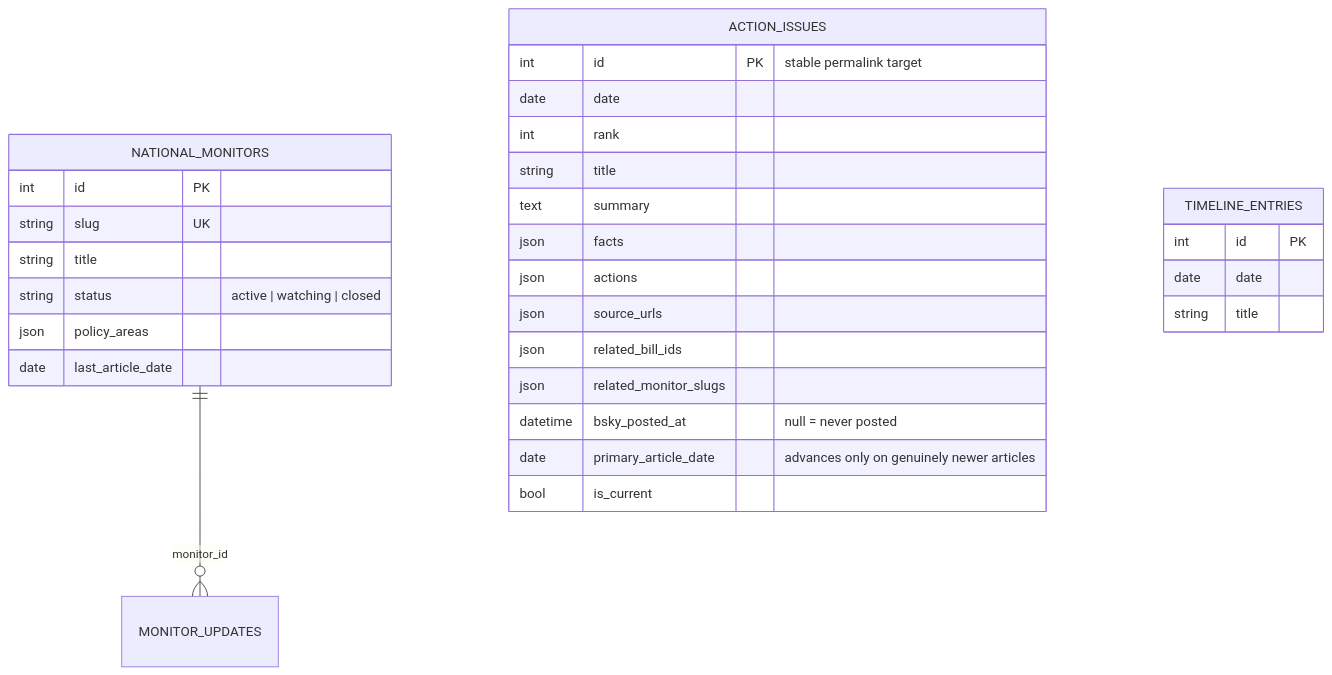
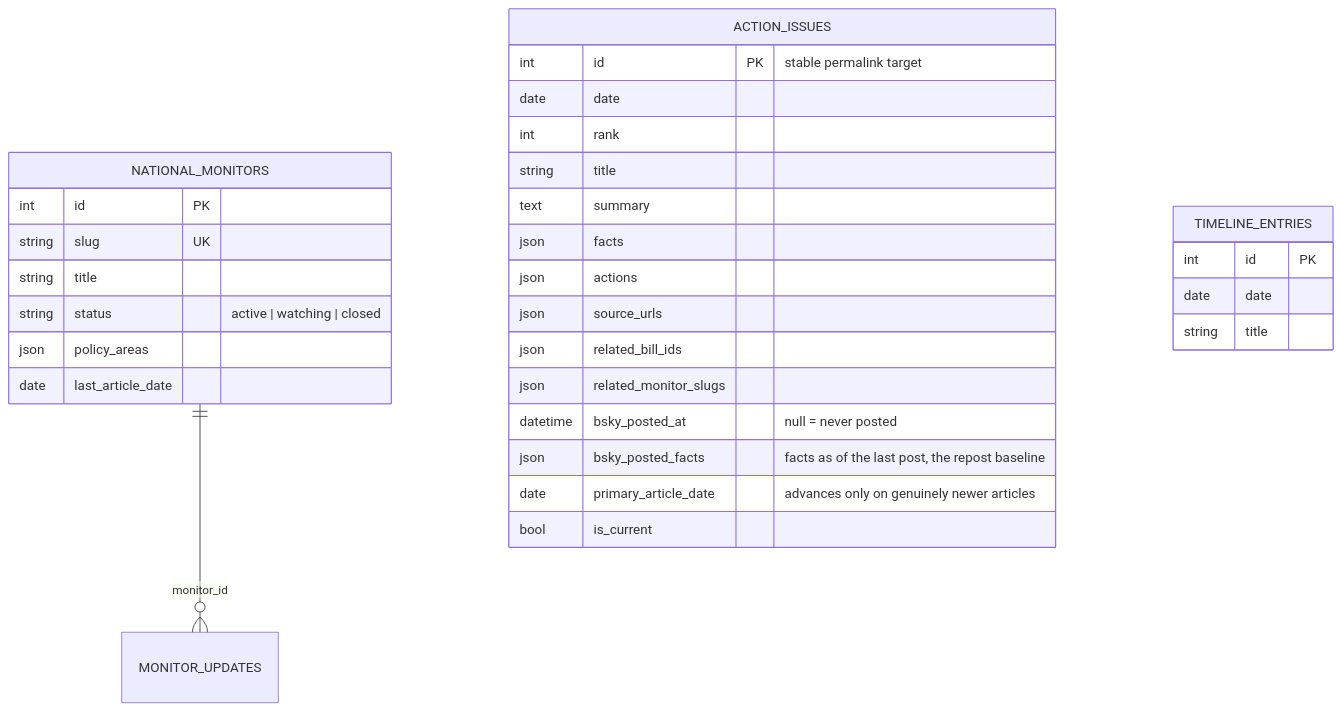
The third of 4 diagrams in docs/diagrams/07-data-model.md (kamoras/civitas), drawn with Mermaid before and after one commit. The commit also changed 8 other files, not shown here.

````diff
--- a/docs/diagrams/07-data-model.md
+++ b/docs/diagrams/07-data-model.md
@@ -116,35 +116,36 @@
 ```mermaid
 erDiagram
     NATIONAL_MONITORS ||--o{ MONITOR_UPDATES : "monitor_id"
 
     ACTION_ISSUES {
         int id PK "stable permalink target"
         date date
         int rank
         string title
         text summary
         json facts
         json actions
         json source_urls
         json related_bill_ids
         json related_monitor_slugs
         datetime bsky_posted_at "null = never posted"
+        json bsky_posted_facts "facts as of the last post, the repost baseline"
         date primary_article_date "advances only on genuinely newer articles"
         bool is_current
     }
 
     NATIONAL_MONITORS {
         int id PK
         string slug UK
         string title
         string status "active | watching | closed"
         json policy_areas
         date last_article_date
     }
 
     TIMELINE_ENTRIES {
         int id PK
         date date
         string title
     }
 ```
````
